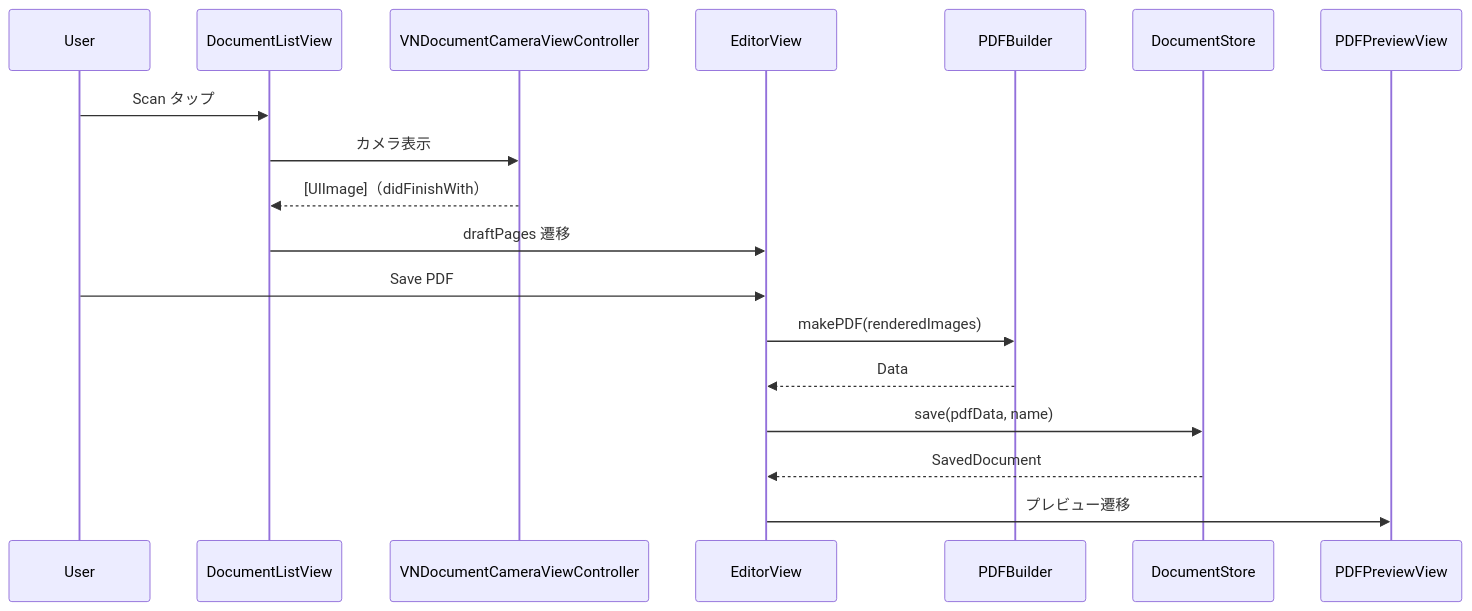
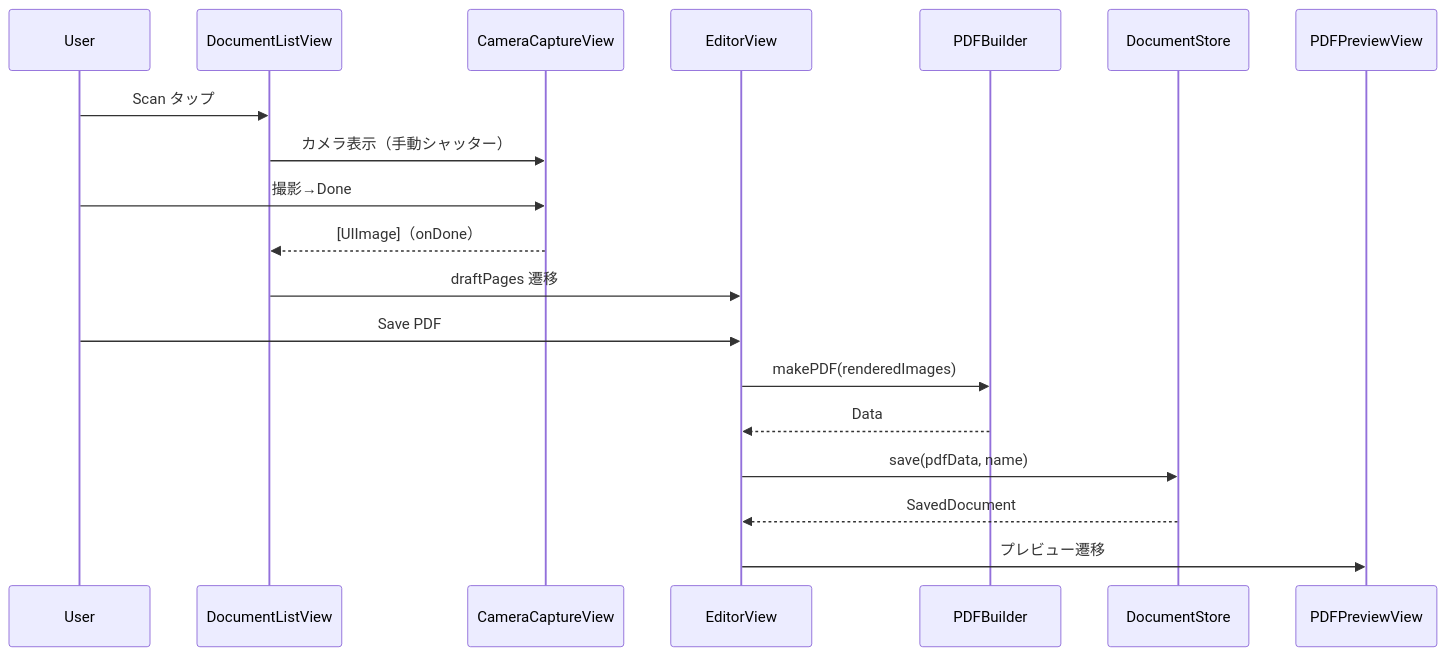
Before and after one commit to gomurin0428/DocScanner: the second of 2 diagrams in DocScanner/Views/README.md, drawn with Mermaid. The commit also changed other lines of this file and 12 other files, not shown here.

````diff
--- a/DocScanner/Views/README.md
+++ b/DocScanner/Views/README.md
@@ -51,20 +64,21 @@
 ```mermaid
 sequenceDiagram
     participant U as User
     participant L as DocumentListView
-    participant C as VNDocumentCameraViewController
+    participant C as CameraCaptureView
     participant E as EditorView
     participant B as PDFBuilder
     participant S as DocumentStore
     participant P as PDFPreviewView
     U->>L: Scan タップ
-    L->>C: カメラ表示
-    C-->>L: [UIImage]（didFinishWith）
+    L->>C: カメラ表示（手動シャッター）
+    U->>C: 撮影→Done
+    C-->>L: [UIImage]（onDone）
     L->>E: draftPages 遷移
     U->>E: Save PDF
     E->>B: makePDF(renderedImages)
     B-->>E: Data
     E->>S: save(pdfData, name)
     S-->>E: SavedDocument
     E->>P: プレビュー遷移
 ```
````
